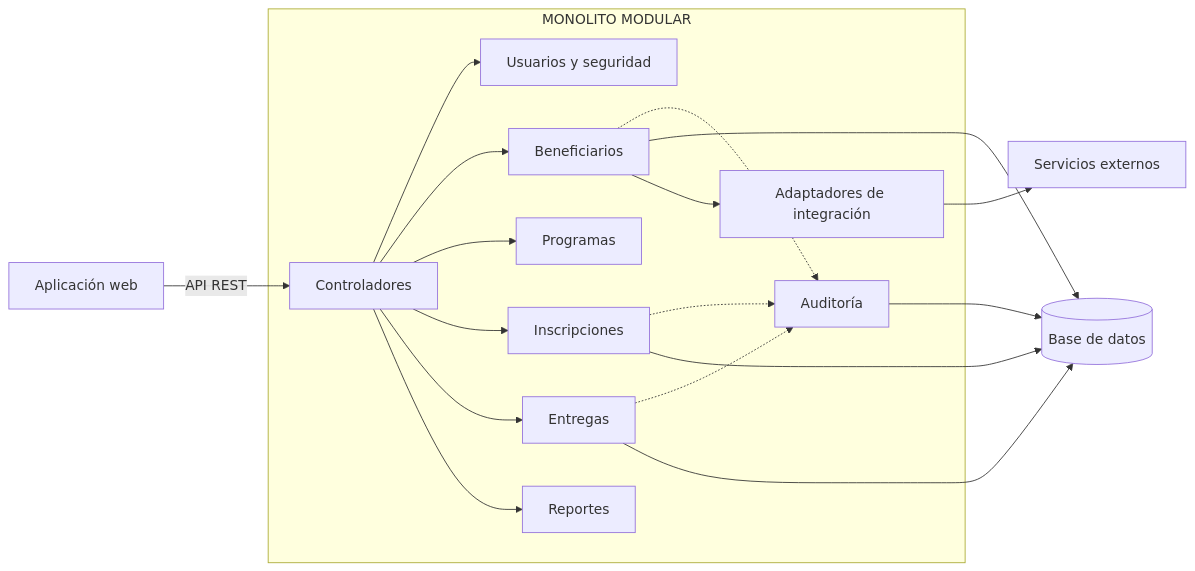
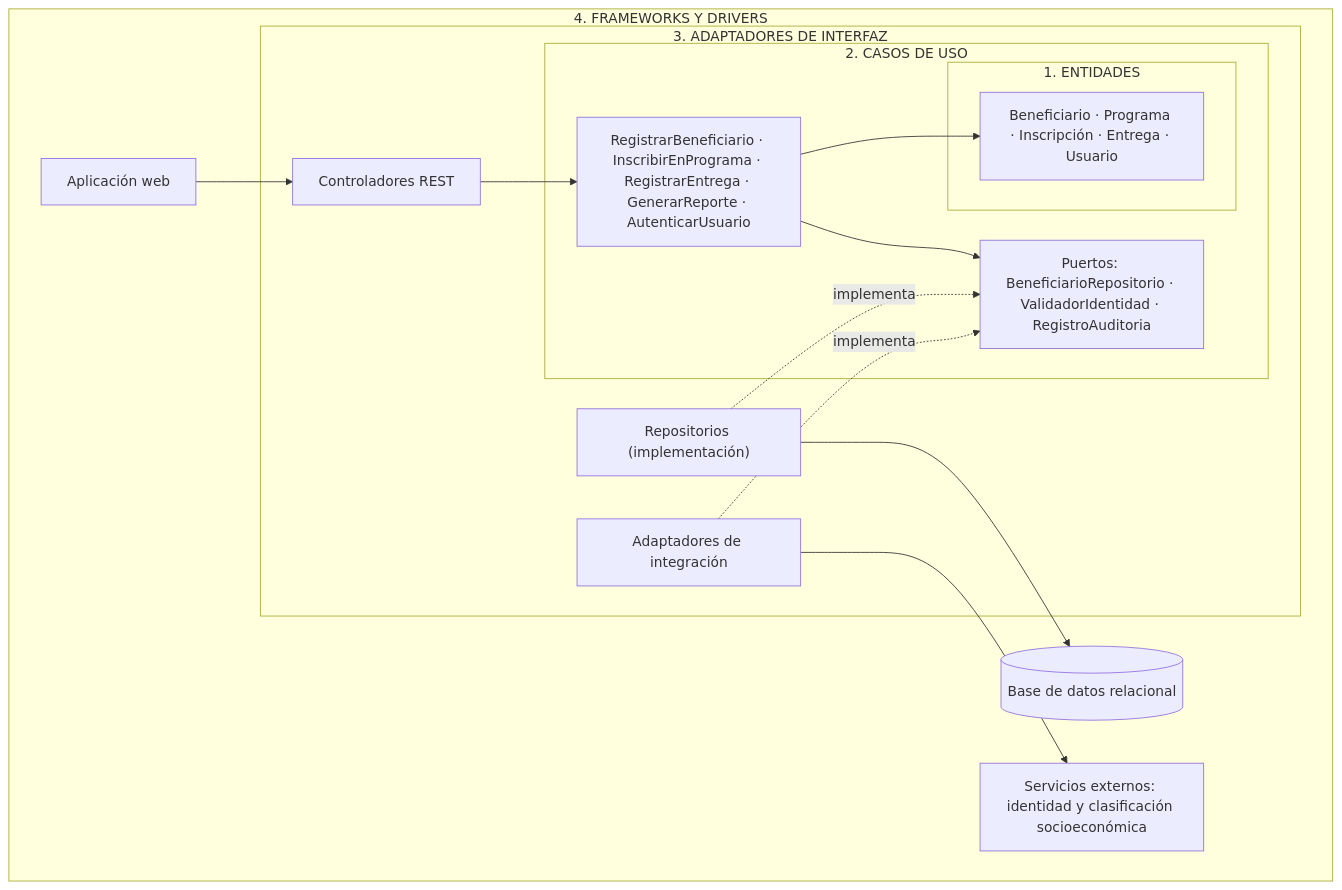
Before and after one commit to Yey-Cardenas/ProgramasSociales-arquitSoft: the first of 2 diagrams in arquitectura/enfoque-arquitectonico.md, drawn with Mermaid. The commit also changed other lines of this file and 1 other file, not shown here.

````diff
--- a/arquitectura/enfoque-arquitectonico.md
+++ b/arquitectura/enfoque-arquitectonico.md
@@ -85,24 +37,32 @@
 ```mermaid
-flowchart LR
-    Web["Aplicación web"] -->|"API REST"| API["Controladores"]
+flowchart TB
+    subgraph L4["4. FRAMEWORKS Y DRIVERS"]
+        UI["Aplicación web"]
+        BD[("Base de datos relacional")]
+        EXT["Servicios externos: identidad y clasificación socioeconómica"]
 
-    subgraph MONO["MONOLITO MODULAR"]
-        API --> Seg["Usuarios y seguridad"]
-        API --> Ben["Beneficiarios"]
-        API --> Prog["Programas"]
-        API --> Insc["Inscripciones"]
-        API --> Ent["Entregas"]
-        API --> Rep["Reportes"]
-        Ben -.-> Aud["Auditoría"]
-        Insc -.-> Aud
-        Ent -.-> Aud
-        Adap["Adaptadores de integración"]
+        subgraph L3["3. ADAPTADORES DE INTERFAZ"]
+            CTRL["Controladores REST"]
+            REPO["Repositorios (implementación)"]
+            ADAP["Adaptadores de integración"]
+
+            subgraph L2["2. CASOS DE USO"]
+                CU["RegistrarBeneficiario · InscribirEnPrograma · RegistrarEntrega · GenerarReporte · AutenticarUsuario"]
+                PUERTOS["Puertos: BeneficiarioRepositorio · ValidadorIdentidad · RegistroAuditoria"]
+
+                subgraph L1["1. ENTIDADES"]
+                    ENT["Beneficiario · Programa · Inscripción · Entrega · Usuario"]
+                end
+            end
+        end
     end
 
-    Ben --> BD[("Base de datos")]
-    Insc --> BD
-    Ent --> BD
-    Aud --> BD
-    Ben --> Adap
-    Adap --> Ext["Servicios externos"]
+    UI --> CTRL
+    CTRL --> CU
+    CU --> ENT
+    CU --> PUERTOS
+    REPO -. "implementa" .-> PUERTOS
+    ADAP -. "implementa" .-> PUERTOS
+    REPO --> BD
+    ADAP --> EXT
 ```
````
